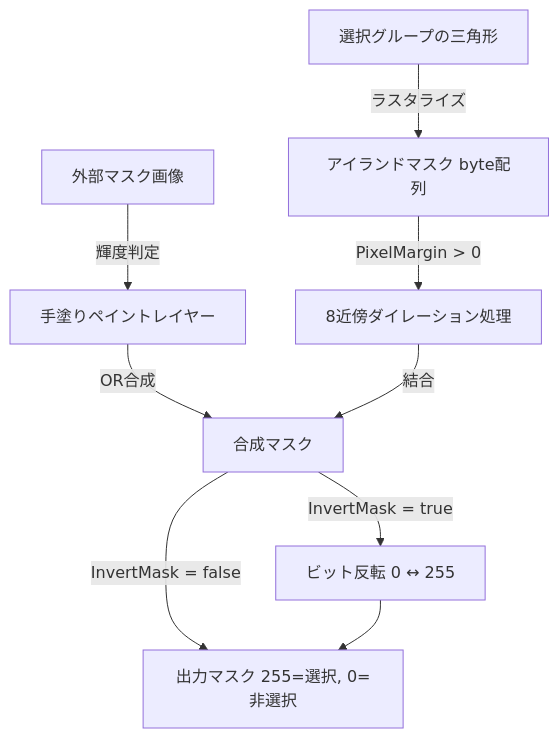
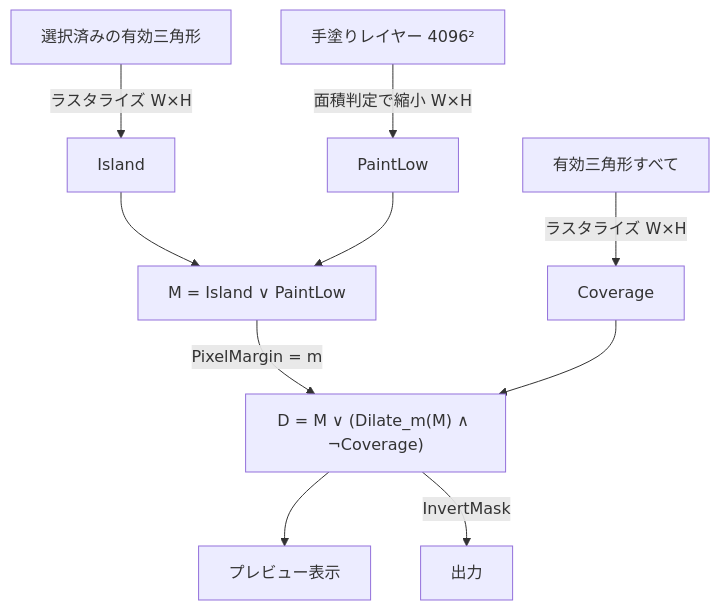
The diagram in Docs/Impl/mask_processing.md (dennoko/MaskMakerV4), drawn with Mermaid before and after one commit. The commit also changed other lines of this file and 6 other files, not shown here.

````diff
--- a/Docs/Impl/mask_processing.md
+++ b/Docs/Impl/mask_processing.md
@@ -13,14 +15,12 @@
 ```mermaid
 graph TD
-    A[選択グループの三角形] -->|ラスタライズ| B[アイランドマスク byte配列]
-    B -->|PixelMargin > 0| C[8近傍ダイレーション処理]
-    
-    D[手塗りペイントレイヤー] -->|OR合成| E[合成マスク]
-    C -->|結合| E
-    
-    F[外部マスク画像] -->|輝度判定| D
-    
-    E -->|InvertMask = true| G[ビット反転 0 ↔ 255]
-    E -->|InvertMask = false| H[出力マスク 255=選択, 0=非選択]
-    G --> H
+    S[選択済みの有効三角形] -->|ラスタライズ W×H| I[Island]
+    A[有効三角形すべて] -->|ラスタライズ W×H| C[Coverage]
+    P[手塗りレイヤー 4096²] -->|面積判定で縮小 W×H| PL[PaintLow]
+    I --> M["M = Island ∨ PaintLow"]
+    PL --> M
+    M -->|PixelMargin = m| D["D = M ∨ (Dilate_m(M) ∧ ¬Coverage)"]
+    C --> D
+    D --> V[プレビュー表示]
+    D -->|InvertMask| O[出力]
 ```
````
